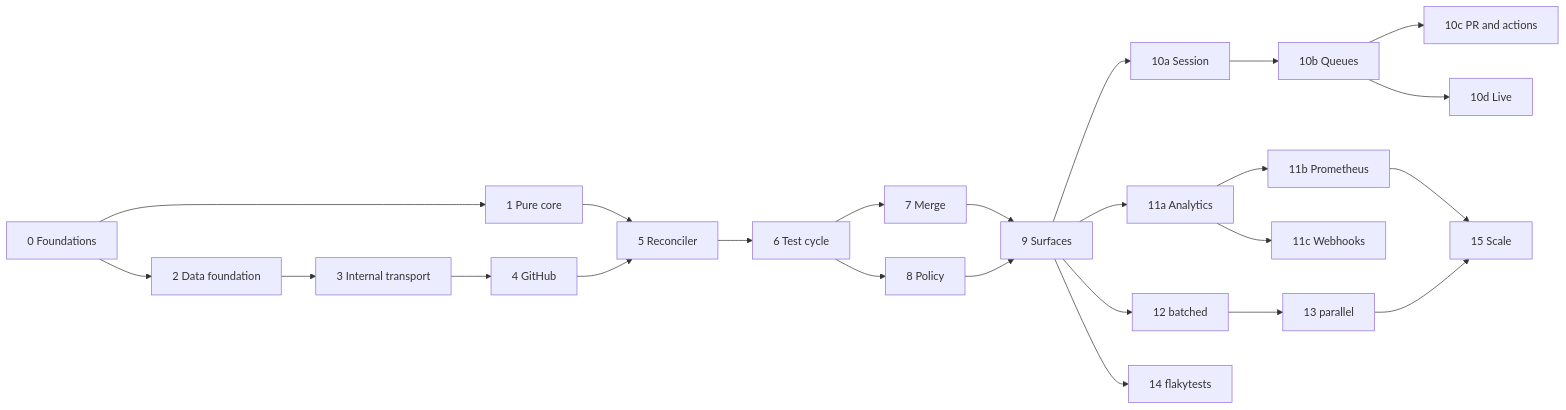
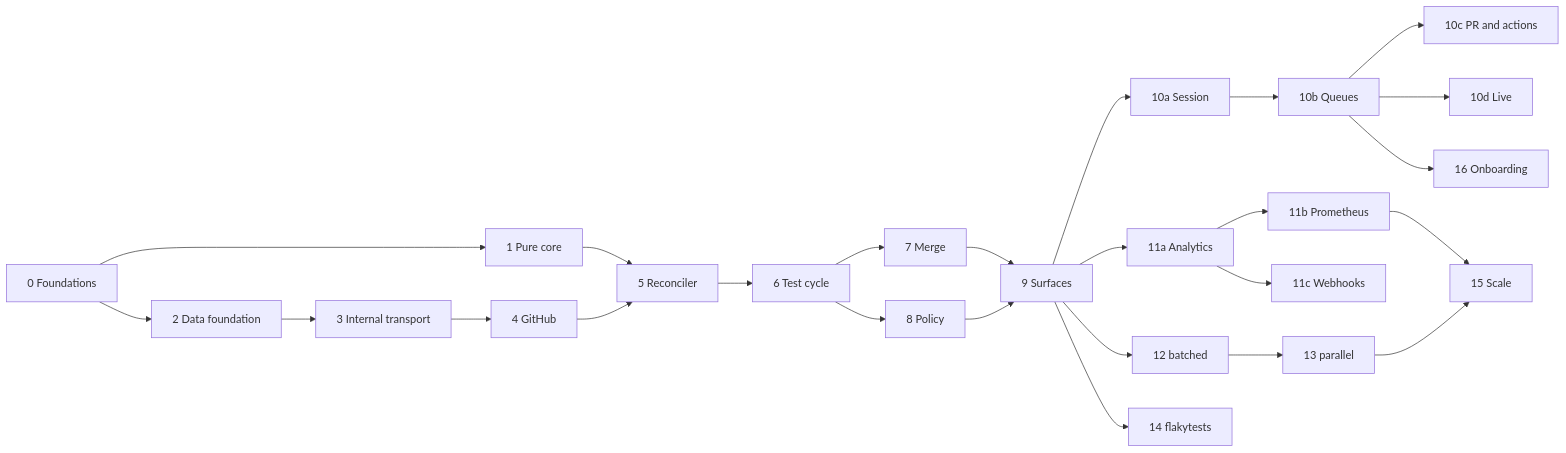
The diagram in specs/LOTS.md (getcihub/cihub), drawn with Mermaid before and after one commit. The commit also changed other lines of this file, not shown here.

First line of the commit message:
docs(lots): lot 16, onboarding and the GitHub App

````diff
--- a/specs/LOTS.md
+++ b/specs/LOTS.md
@@ -57,26 +58,27 @@
 ```mermaid
 flowchart LR
   L0[0 Foundations] --> L1[1 Pure core]
   L0 --> L2[2 Data foundation]
   L2 --> L3[3 Internal transport]
   L3 --> L4[4 GitHub]
   L1 --> L5[5 Reconciler]
   L4 --> L5
   L5 --> L6[6 Test cycle]
   L6 --> L7[7 Merge]
   L6 --> L8[8 Policy]
   L7 --> L9[9 Surfaces]
   L8 --> L9
   L9 --> L10a[10a Session]
   L10a --> L10b[10b Queues]
   L10b --> L10c[10c PR and actions]
   L10b --> L10d[10d Live]
   L9 --> L11a[11a Analytics]
   L11a --> L11b[11b Prometheus]
   L11a --> L11c[11c Webhooks]
   L9 --> L12[12 batched]
   L9 --> L14[14 flakytests]
   L12 --> L13[13 parallel]
   L11b --> L15[15 Scale]
   L13 --> L15
+  L10b --> L16[16 Onboarding]
 ```
````
